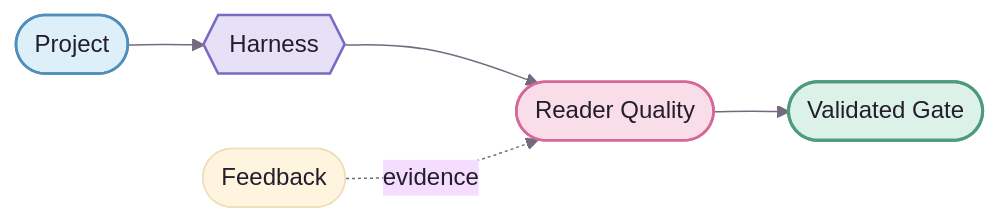
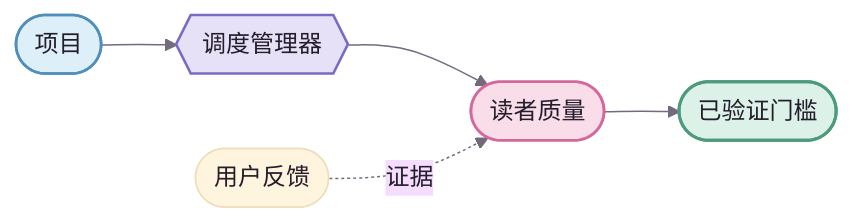
The diagram in assets/DESIGN_SYSTEM.zh-CN.md (xiaooye/Quillframe), drawn with Mermaid before and after one commit. The commit also changed other lines of this file, not shown here.

````diff
--- a/assets/DESIGN_SYSTEM.zh-CN.md
+++ b/assets/DESIGN_SYSTEM.zh-CN.md
@@ -162,26 +162,26 @@
 ```mermaid
 %%{init: {
   "theme": "base",
   "themeVariables": {
     "background": "#FFFDFC",
     "primaryTextColor": "#241D2B",
     "lineColor": "#756A7D",
     "clusterBkg": "#FFFDFC",
     "clusterBorder": "#E2DAE8"
   },
   "flowchart": {"curve": "basis"}
 }}%%
 flowchart LR
-    P([Project]) --> H{{Harness}} --> Q([Reader Quality]) --> G([Validated Gate])
-    F([Feedback]) -. evidence .-> Q
+    P([项目]) --> H{{调度管理器}} --> Q([读者质量]) --> G([已验证门槛])
+    F([用户反馈]) -. 证据 .-> Q
 
     classDef project fill:#DDEFF8,stroke:#4F8FBA,color:#241D2B,stroke-width:1.75px;
     classDef runtime fill:#E7E1F8,stroke:#796BC4,color:#241D2B,stroke-width:1.75px;
     classDef editorial fill:#F9DDE9,stroke:#D6679A,color:#241D2B,stroke-width:1.75px;
     classDef validated fill:#DCF1E7,stroke:#4D9B7D,color:#241D2B,stroke-width:2px;
 
     class P project;
     class H runtime;
     class Q editorial;
     class G validated;
 ```
````
